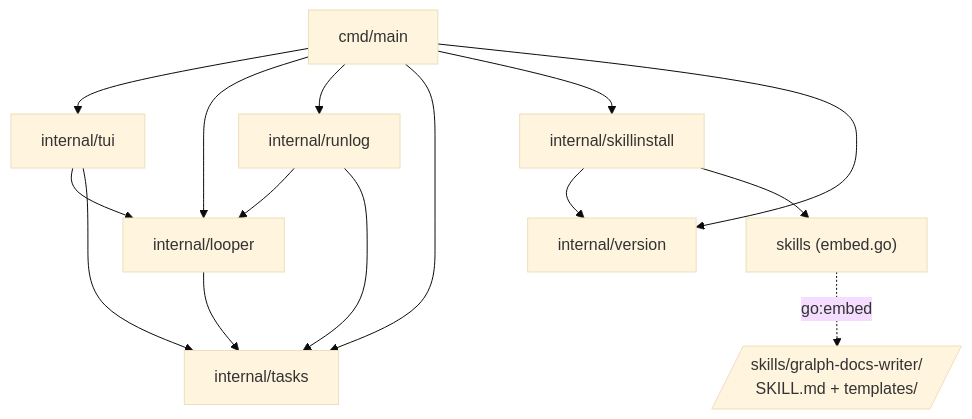
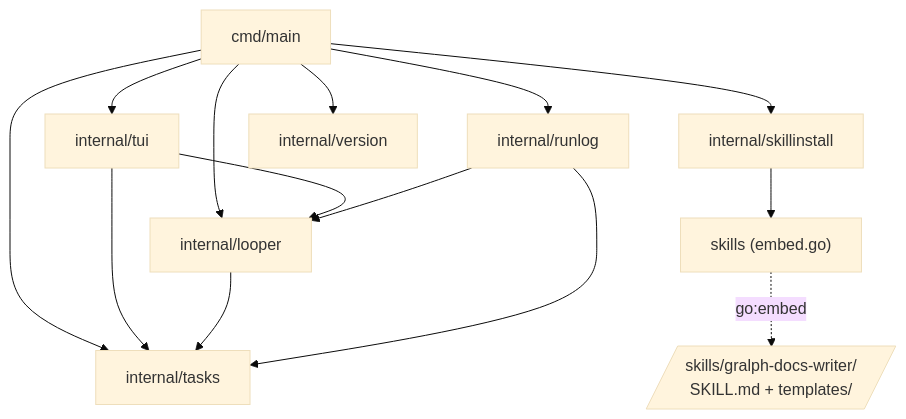
One commit to twistingmercury/gralph changed the diagram in docs/dependency_graph.md. Above: the diagram before and after it, drawn with Mermaid (base theme). The commit also changed other lines of this file and 21 other files, not shown here.

````diff
--- a/docs/dependency_graph.md
+++ b/docs/dependency_graph.md
@@ -8,28 +8,27 @@
 ```mermaid
 graph TD
     main["cmd/main"]
     tui["internal/tui"]
     looper["internal/looper"]
     runlog["internal/runlog"]
     tasks["internal/tasks"]
     skillinstall["internal/skillinstall"]
     version["internal/version"]
     skills["skills (embed.go)"]
     skilldir[/"skills/gralph-docs-writer/<br/>SKILL.md + templates/"/]
 
     main --> tui
     main --> looper
     main --> runlog
     main --> tasks
     main --> skillinstall
     main --> version
     tui --> looper
     tui --> tasks
     looper --> tasks
     runlog --> looper
     runlog --> tasks
-    skillinstall --> version
     skillinstall --> skills
 
     skills -. "go:embed" .-> skilldir
 ```
````
